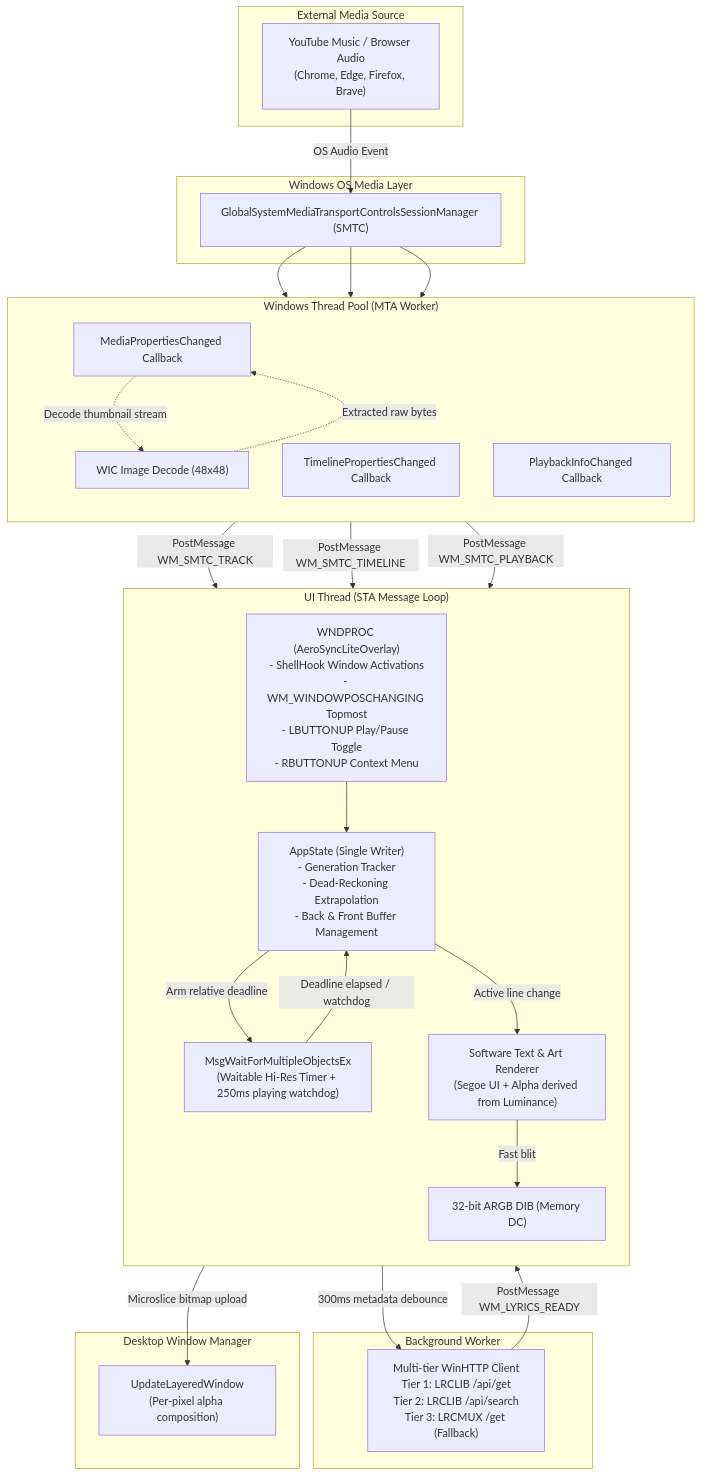
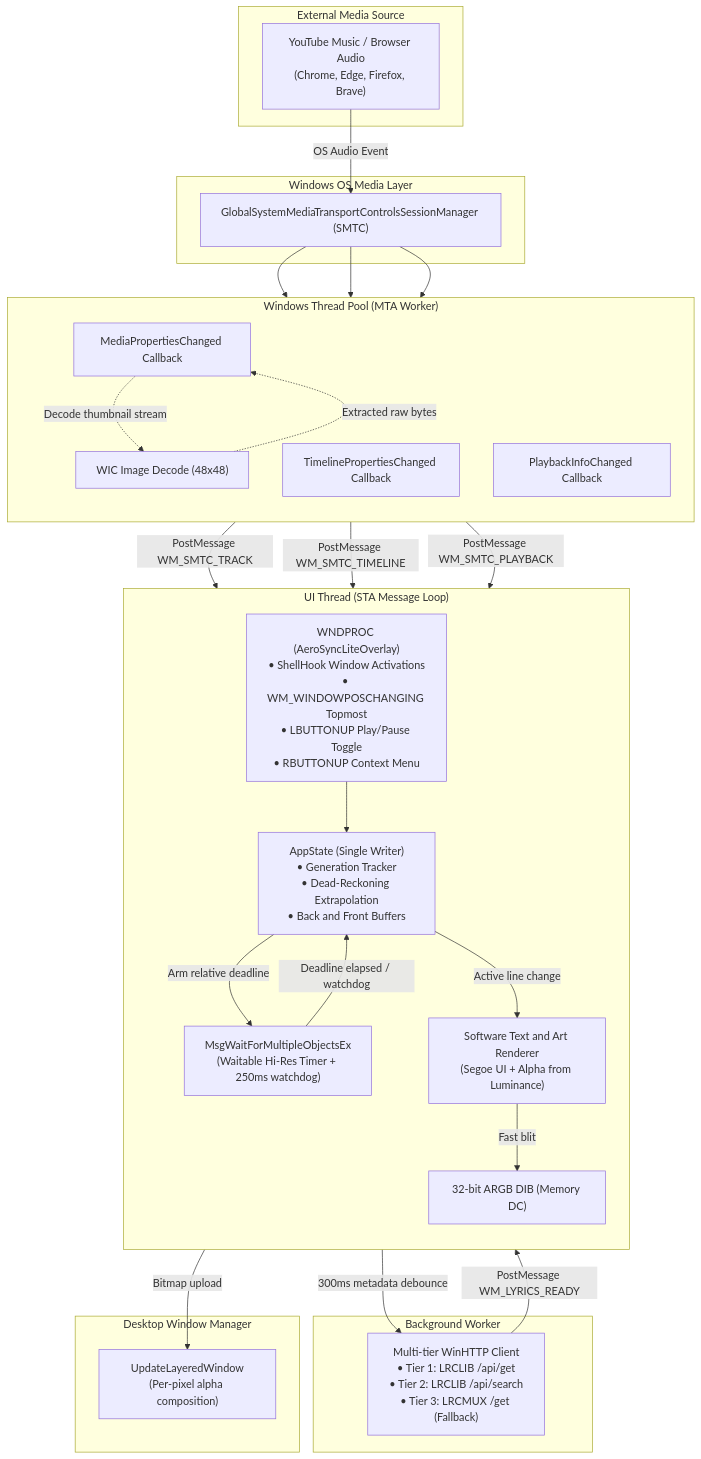
Before and after one commit to alvin-alvo/AeroSync-Lite: the diagram in docs/ARCHITECTURE.md, drawn with Mermaid. The commit also changed other lines of this file and 5 other files, not shown here.

Commit message:
refactor: reorganize project documentation by moving ARCHITECTURE.md into docs directory

````diff
--- a/docs/ARCHITECTURE.md
+++ b/docs/ARCHITECTURE.md
@@ -37,54 +37,56 @@
 ```mermaid
 flowchart TD
     subgraph External ["External Media Source"]
-        YTM["YouTube Music / Browser Audio\n(Chrome, Edge, Firefox, Brave)"]
+        YTM["YouTube Music / Browser Audio<br/>(Chrome, Edge, Firefox, Brave)"]
     end
 
     subgraph OS_SMTC ["Windows OS Media Layer"]
         SMTC["GlobalSystemMediaTransportControlsSessionManager (SMTC)"]
     end
 
     subgraph ThreadPool ["Windows Thread Pool (MTA Worker)"]
         direction TB
         E1["MediaPropertiesChanged Callback"]
         E2["TimelinePropertiesChanged Callback"]
         E3["PlaybackInfoChanged Callback"]
         E4["WIC Image Decode (48x48)"]
     end
 
     subgraph NetworkWorker ["Background Worker"]
-        HTTP["Multi-tier WinHTTP Client\nTier 1: LRCLIB /api/get\nTier 2: LRCLIB /api/search\nTier 3: LRCMUX /get (Fallback)"]
+        HTTP["Multi-tier WinHTTP Client<br/>• Tier 1: LRCLIB /api/get<br/>• Tier 2: LRCLIB /api/search<br/>• Tier 3: LRCMUX /get (Fallback)"]
     end
 
     subgraph UI_Thread ["UI Thread (STA Message Loop)"]
         direction TB
-        WND["WNDPROC (AeroSyncLiteOverlay)\n- ShellHook Window Activations\n- WM_WINDOWPOSCHANGING Topmost\n- LBUTTONUP Play/Pause Toggle\n- RBUTTONUP Context Menu"]
-        LOOP["MsgWaitForMultipleObjectsEx\n(Waitable Hi-Res Timer + 250ms playing watchdog)"]
-        STATE["AppState (Single Writer)\n- Generation Tracker\n- Dead-Reckoning Extrapolation\n- Back & Front Buffer Management"]
-        RENDER["Software Text & Art Renderer\n(Segoe UI + Alpha derived from Luminance)"]
+        WND["WNDPROC (AeroSyncLiteOverlay)<br/>• ShellHook Window Activations<br/>• WM_WINDOWPOSCHANGING Topmost<br/>• LBUTTONUP Play/Pause Toggle<br/>• RBUTTONUP Context Menu"]
+        LOOP["MsgWaitForMultipleObjectsEx<br/>(Waitable Hi-Res Timer + 250ms watchdog)"]
+        STATE["AppState (Single Writer)<br/>• Generation Tracker<br/>• Dead-Reckoning Extrapolation<br/>• Back and Front Buffers"]
+        RENDER["Software Text and Art Renderer<br/>(Segoe UI + Alpha from Luminance)"]
         DIB["32-bit ARGB DIB (Memory DC)"]
     end
 
     subgraph DWM_Layer ["Desktop Window Manager"]
-        DWM["UpdateLayeredWindow\n(Per-pixel alpha composition)"]
+        DWM["UpdateLayeredWindow<br/>(Per-pixel alpha composition)"]
     end
 
     YTM -->|OS Audio Event| SMTC
-    SMTC --> E1 & E2 & E3
+    SMTC --> E1
+    SMTC --> E2
+    SMTC --> E3
     E1 -->|PostMessage WM_SMTC_TRACK| WND
     E2 -->|PostMessage WM_SMTC_TIMELINE| WND
     E3 -->|PostMessage WM_SMTC_PLAYBACK| WND
 
     E1 -.->|Decode thumbnail stream| E4
     E4 -.->|Extracted raw bytes| E1
 
     WND --> STATE
     STATE -->|300ms metadata debounce| HTTP
     HTTP -->|PostMessage WM_LYRICS_READY| WND
 
     STATE -->|Arm relative deadline| LOOP
     LOOP -->|Deadline elapsed / watchdog| STATE
     STATE -->|Active line change| RENDER
     RENDER -->|Fast blit| DIB
-    DIB -->|Microslice bitmap upload| DWM
+    DIB -->|Bitmap upload| DWM
 ```
````
